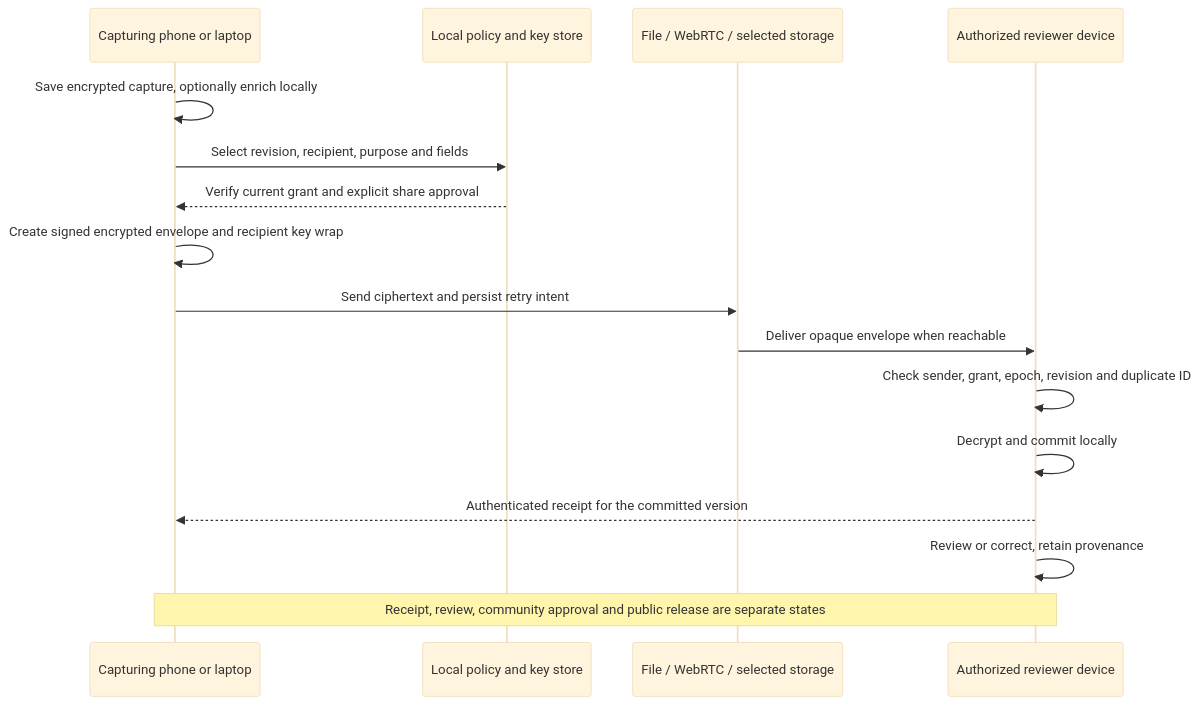
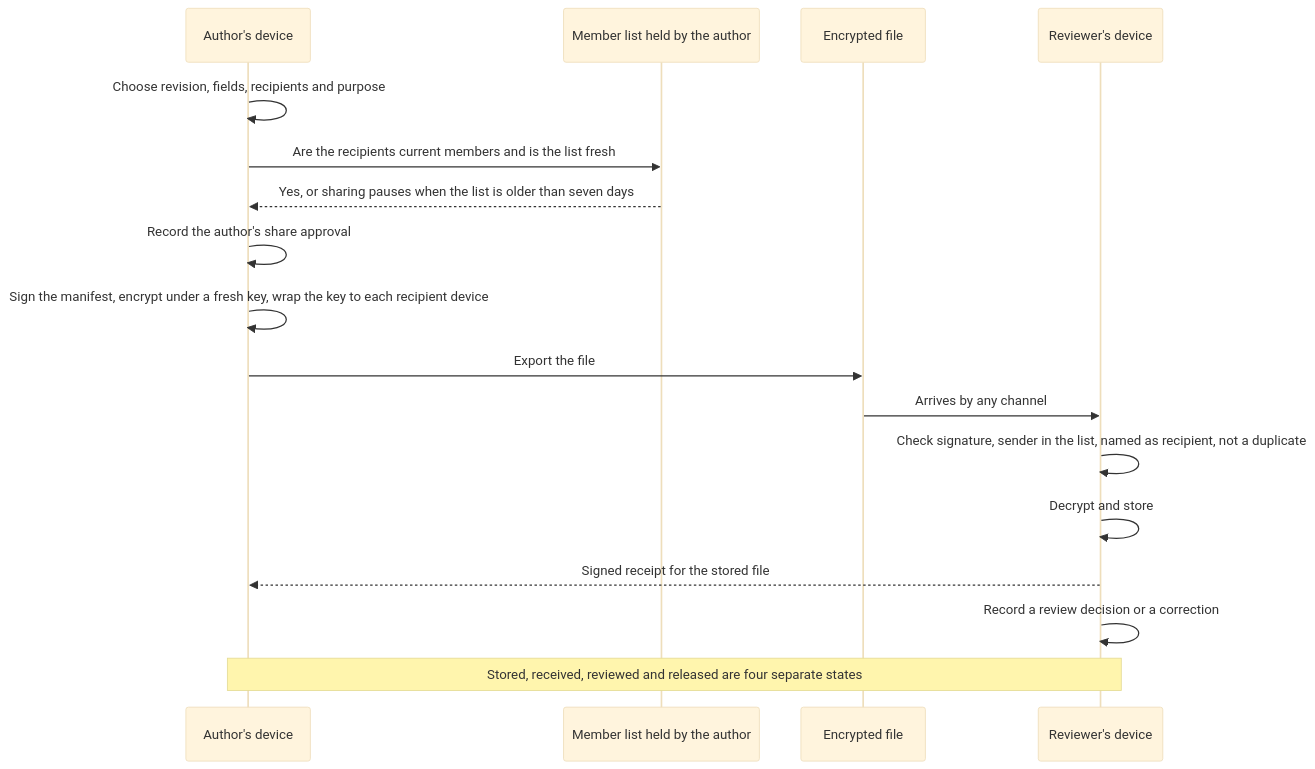
Before and after one commit to greenpill-dev-guild/green-goods: the fourth of 13 diagrams in .plans/ideas/grove/architecture-flows.md, drawn with Mermaid (base theme). The commit also changed other lines of this file and 23 other files, not shown here.

````diff
--- a/.plans/ideas/grove/architecture-flows.md
+++ b/.plans/ideas/grove/architecture-flows.md
@@ -59,18 +92,19 @@
 ```mermaid
 sequenceDiagram
-  participant A as Capturing phone or laptop
-  participant G as Local policy and key store
-  participant T as File / WebRTC / selected storage
-  participant B as Authorized reviewer device
-  A->>A: Save encrypted capture, optionally enrich locally
-  A->>G: Select revision, recipient, purpose and fields
-  G-->>A: Verify current grant and explicit share approval
-  A->>A: Create signed encrypted envelope and recipient key wrap
-  A->>T: Send ciphertext and persist retry intent
-  T->>B: Deliver opaque envelope when reachable
-  B->>B: Check sender, grant, epoch, revision and duplicate ID
-  B->>B: Decrypt and commit locally
-  B-->>A: Authenticated receipt for the committed version
-  B->>B: Review or correct, retain provenance
-  Note over A,B: Receipt, review, community approval and public release are separate states
+  participant A as Author's device
+  participant M as Member list held by the author
+  participant F as Encrypted file
+  participant R as Reviewer's device
+  A->>A: Choose revision, fields, recipients and purpose
+  A->>M: Are the recipients current members and is the list fresh
+  M-->>A: Yes, or sharing pauses when the list is older than seven days
+  A->>A: Record the author's share approval
+  A->>A: Sign the manifest, encrypt under a fresh key, wrap the key to each recipient device
+  A->>F: Export the file
+  F->>R: Arrives by any channel
+  R->>R: Check signature, sender in the list, named as recipient, not a duplicate
+  R->>R: Decrypt and store
+  R-->>A: Signed receipt for the stored file
+  R->>R: Record a review decision or a correction
+  Note over A,R: Stored, received, reviewed and released are four separate states
 ```
````
